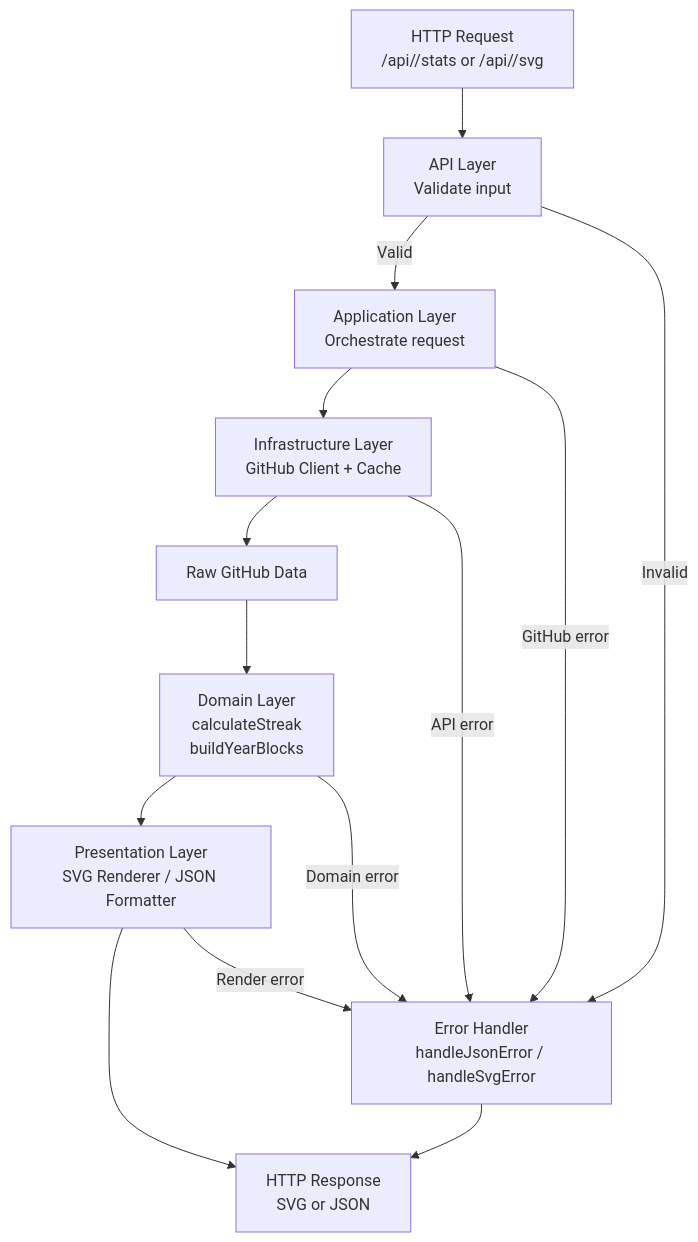
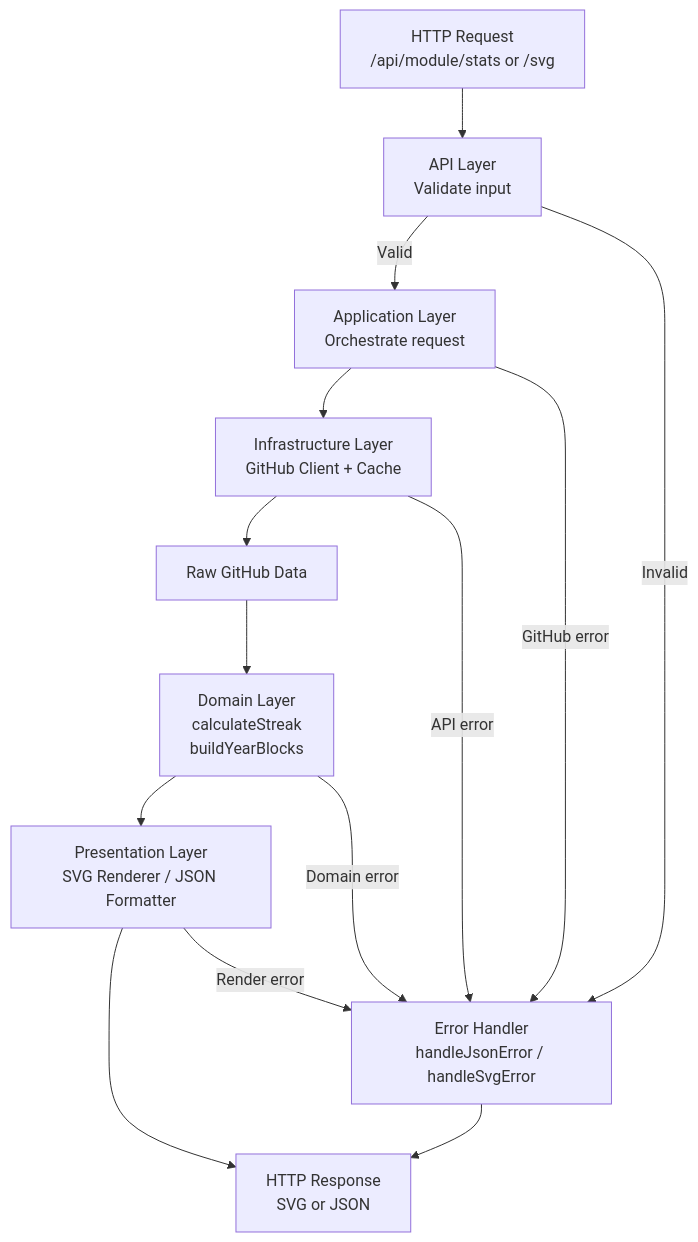
The second of 2 diagrams in docs/architecture.md (FlavioKde/github-streak-stats-api), drawn with Mermaid before and after one commit. The commit also changed other lines of this file, not shown here.

````diff
--- a/docs/architecture.md
+++ b/docs/architecture.md
@@ -342,33 +343,33 @@
 ```mermaid
 
 flowchart TD
 
     %% Entrada
-    A["HTTP Request<br/>/api/<module>/stats or /api/<module>/svg"] --> B["API Layer<br/>Validate input"]
+    A["HTTP Request<br/>/api/module/stats or /svg"] --> B["API Layer<br/>Validate input"]
 
     %% Validación
     B -->|Valid| C["Application Layer<br/>Orchestrate request"]
     B -->|Invalid| Z["Error Handler<br/>handleJsonError / handleSvgError"]
 
     %% GitHub
     C --> D["Infrastructure Layer<br/>GitHub Client + Cache"]
     D --> E["Raw GitHub Data"]
 
     %% Dominio
     E --> F["Domain Layer<br/>calculateStreak<br/>buildYearBlocks"]
 
     %% Presentación
     F --> G["Presentation Layer<br/>SVG Renderer / JSON Formatter"]
 
     %% Salida
     G --> H["HTTP Response<br/>SVG or JSON"]
 
     %% Error flow
     C -->|GitHub error| Z
     D -->|API error| Z
     F -->|Domain error| Z
     G -->|Render error| Z
 
     Z --> H
 
 ```
````
